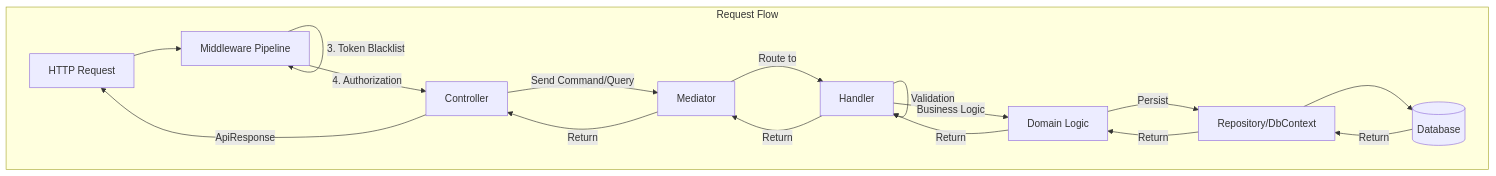
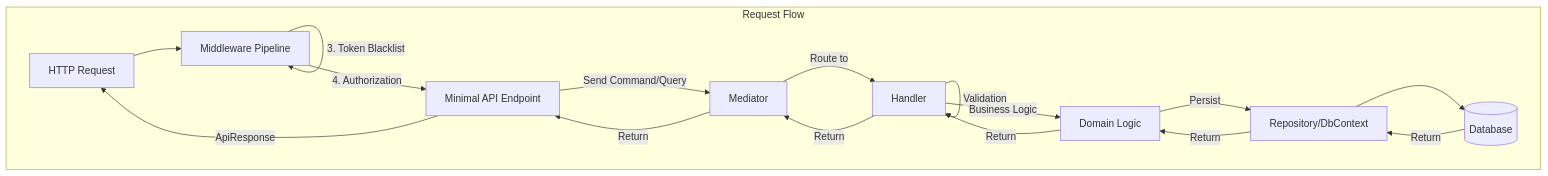
Before and after one commit to gndev-vn/DDDSample: the seventh of 10 diagrams in docs/architecture.md, drawn with Mermaid. The commit also changed other lines of this file and 429 other files, not shown here.

First line of the commit message:
Add Vue 3 admin frontend and update architecture docs

````diff
--- a/docs/architecture.md
+++ b/docs/architecture.md
@@ -322,31 +405,31 @@
 ```mermaid
 graph TB
     subgraph "Request Flow"
         Request[HTTP Request]
         Middleware[Middleware Pipeline]
-        Controller[Controller]
+        Endpoint[Minimal API Endpoint]
         Mediator[Mediator]
         Handler[Handler]
         Domain[Domain Logic]
         Repository[Repository/DbContext]
         Database[(Database)]
     end
 
     Request --> Middleware
     Middleware -->|1. Exception Handler| Middleware
     Middleware -->|2. Authentication| Middleware
     Middleware -->|3. Token Blacklist| Middleware
-    Middleware -->|4. Authorization| Controller
-    Controller -->|Send Command/Query| Mediator
+    Middleware -->|4. Authorization| Endpoint
+    Endpoint -->|Send Command/Query| Mediator
     Mediator -->|Route to| Handler
     Handler -->|Validation| Handler
     Handler -->|Business Logic| Domain
     Domain -->|Persist| Repository
     Repository --> Database
     Database -->|Return| Repository
     Repository -->|Return| Domain
     Domain -->|Return| Handler
     Handler -->|Return| Mediator
-    Mediator -->|Return| Controller
-    Controller -->|ApiResponse| Request
+    Mediator -->|Return| Endpoint
+    Endpoint -->|ApiResponse| Request
 ```
````
